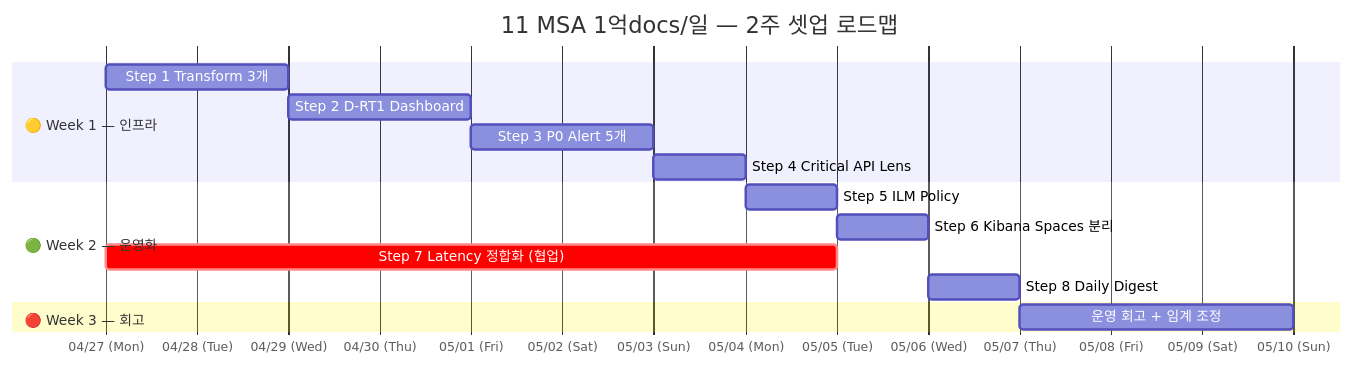
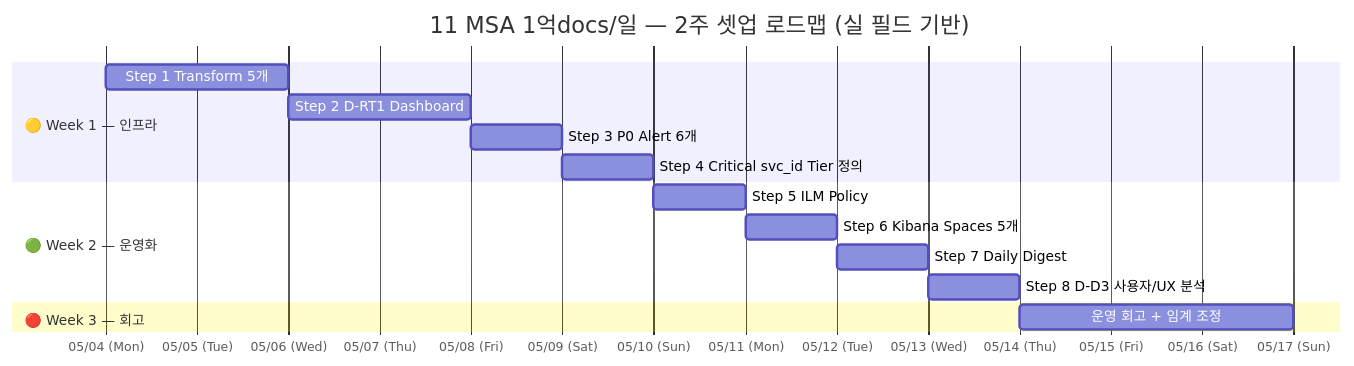
One commit to corollazer0/elk-learning changed the eighth of 10 diagrams in docs/09-monitoring-strategy.md. Above: the diagram before and after it, drawn with Mermaid. The commit also changed other lines of this file, not shown here.

First line of the commit message:
docs(09): 실 필드 기반 전면 재작성 — 52 메트릭 / 10 dashboard / 18 alert

````diff
--- a/docs/09-monitoring-strategy.md
+++ b/docs/09-monitoring-strategy.md
@@ -1480,21 +1102,21 @@
 ```mermaid
 gantt
-    title 11 MSA 1억docs/일 — 2주 셋업 로드맵
+    title 11 MSA 1억docs/일 — 2주 셋업 로드맵 (실 필드 기반)
     dateFormat YYYY-MM-DD
     axisFormat %m/%d (%a)
 
     section 🟡 Week 1 — 인프라
-    Step 1 Transform 3개         :s1, 2026-04-27, 2d
+    Step 1 Transform 5개         :s1, 2026-05-04, 2d
     Step 2 D-RT1 Dashboard       :s2, after s1, 2d
-    Step 3 P0 Alert 5개          :s3, after s2, 2d
-    Step 4 Critical API Lens     :s4, after s3, 1d
+    Step 3 P0 Alert 6개          :s3, after s2, 1d
+    Step 4 Critical svc_id Tier 정의 :s4, after s3, 1d
 
     section 🟢 Week 2 — 운영화
     Step 5 ILM Policy            :s5, after s4, 1d
-    Step 6 Kibana Spaces 분리    :s6, after s5, 1d
-    Step 7 Latency 정합화 (협업) :crit, s7, 2026-04-27, 8d
-    Step 8 Daily Digest          :s8, after s6, 1d
+    Step 6 Kibana Spaces 5개     :s6, after s5, 1d
+    Step 7 Daily Digest          :s7, after s6, 1d
+    Step 8 D-D3 사용자/UX 분석   :s8, after s7, 1d
 
     section 🔴 Week 3 — 회고
-    운영 회고 + 임계 조정         :s9, after s8, 3d
+    운영 회고 + 임계 조정        :s9, after s8, 3d
 ```
````
